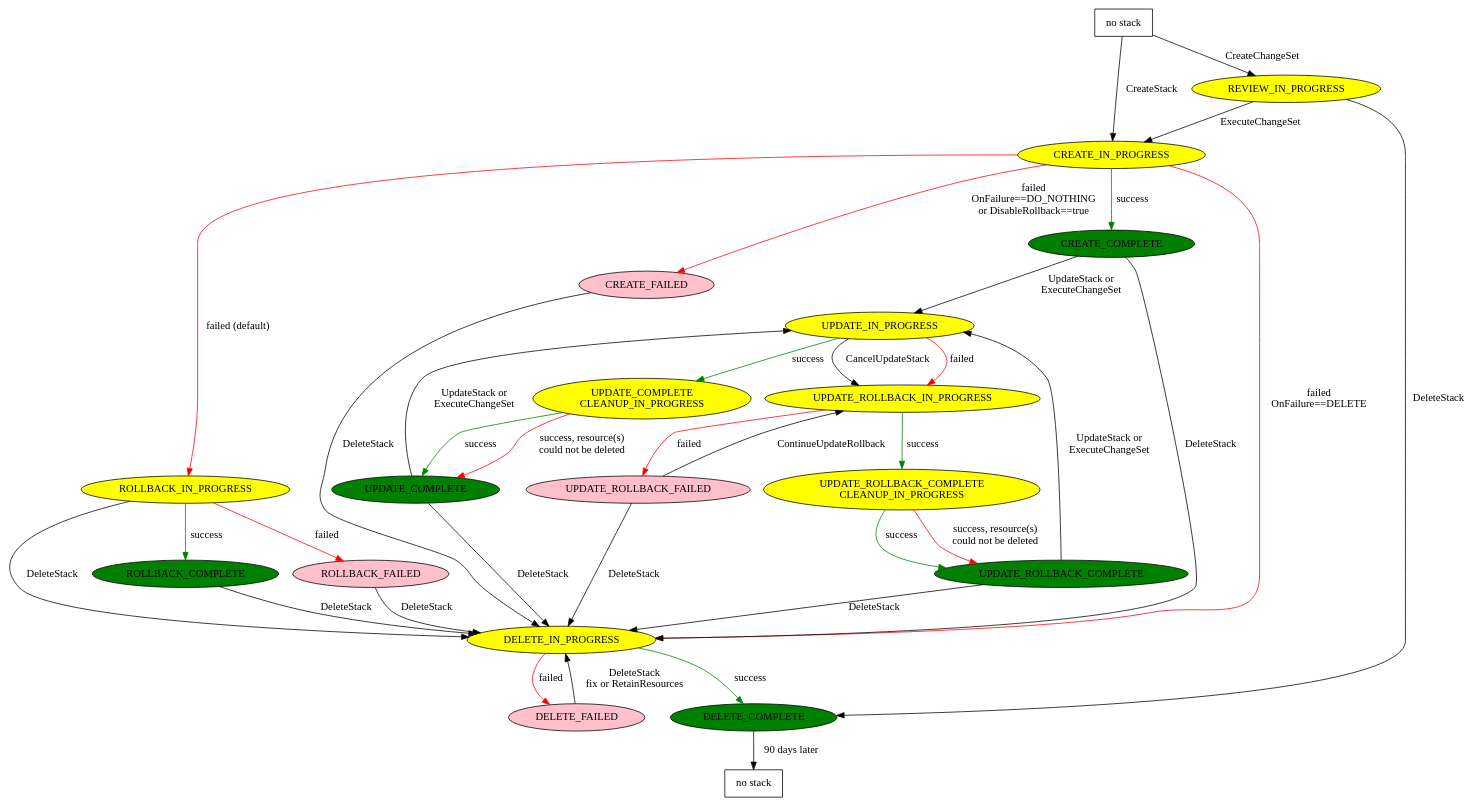
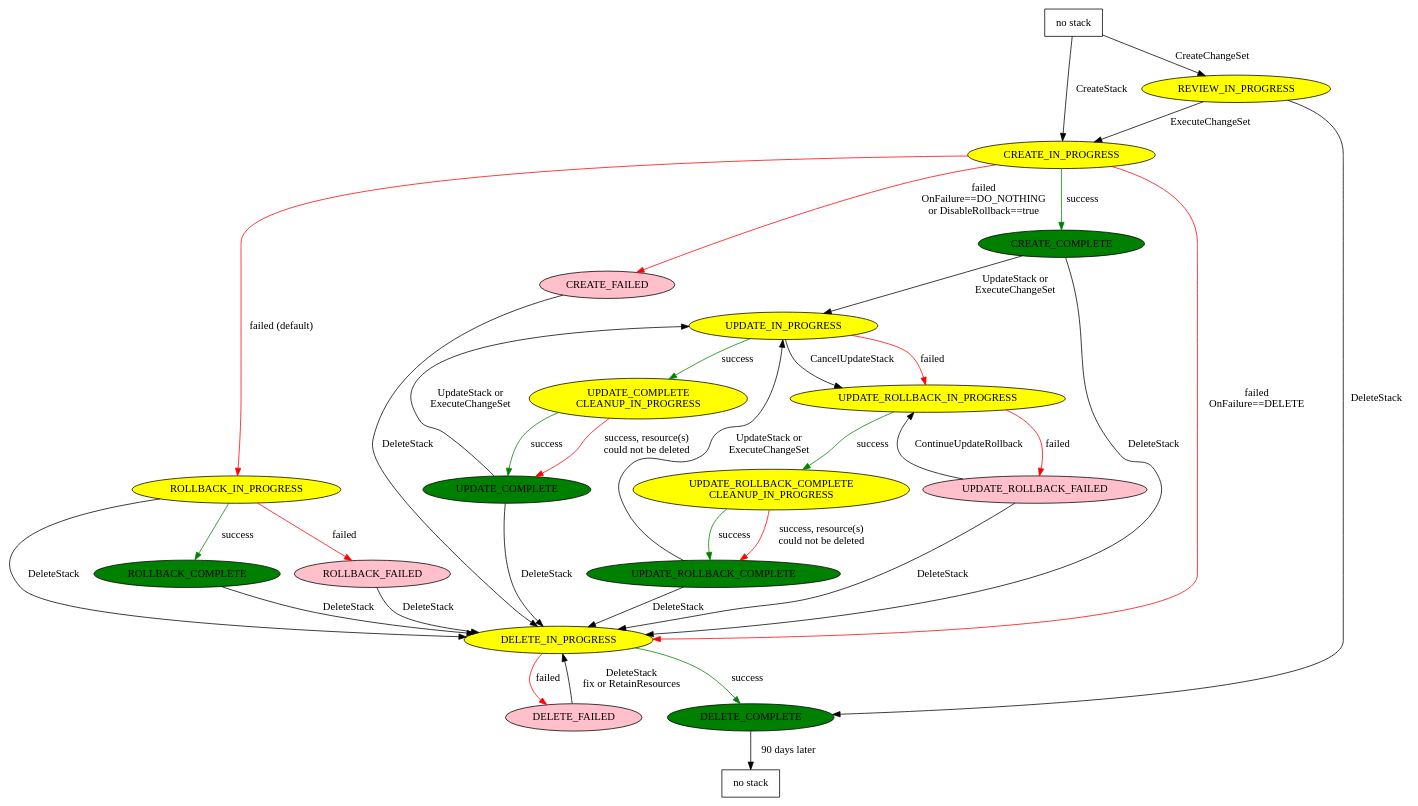
One commit to konjanos/aws-cloudformation-stack-states changed the diagram in all-states.dot. Above: the diagram before and after it, drawn with Graphviz. The commit also changed 2 other files, not shown here.

Commit message:
Fixing graph

```diff
--- a/all-states.dot
+++ b/all-states.dot
@@ -1,77 +1,77 @@
 digraph all_states {
 
   before_existence [ label="no stack" shape="box" ]
   before_existence -> CREATE_IN_PROGRESS [label="CreateStack"]
   before_existence -> REVIEW_IN_PROGRESS [label="CreateChangeSet"]
 
   CREATE_COMPLETE [ fillcolor="green" style=filled ]
   CREATE_COMPLETE -> UPDATE_IN_PROGRESS [label="UpdateStack or\nExecuteChangeSet"]
   CREATE_COMPLETE -> DELETE_IN_PROGRESS [label="DeleteStack"]
 
   REVIEW_IN_PROGRESS [ style=dotted fillcolor="yellow" style=filled ]
   REVIEW_IN_PROGRESS -> CREATE_IN_PROGRESS [label="ExecuteChangeSet"]
   REVIEW_IN_PROGRESS -> DELETE_COMPLETE [label="DeleteStack"]
 
   CREATE_IN_PROGRESS [ style=dotted fillcolor="yellow" style=filled ]
   CREATE_IN_PROGRESS -> CREATE_COMPLETE [label="success" color="green"]
   CREATE_IN_PROGRESS -> ROLLBACK_IN_PROGRESS [label="failed (default)" color=red] 
   CREATE_IN_PROGRESS -> CREATE_FAILED  [label="failed\nOnFailure==DO_NOTHING\nor DisableRollback==true" color="red"]
   CREATE_IN_PROGRESS -> DELETE_IN_PROGRESS  [label="failed\nOnFailure==DELETE" color="red"]
 
   CREATE_FAILED [ fillcolor="pink" style=filled ]
   CREATE_FAILED -> DELETE_IN_PROGRESS [label="DeleteStack"]
 
   DELETE_COMPLETE [ fillcolor="green" style=filled  ]
   DELETE_COMPLETE -> after_existence [ label=" 90 days later" ]
 
   DELETE_FAILED [ fillcolor="pink" style=filled ]
   DELETE_FAILED ->  DELETE_IN_PROGRESS [label="DeleteStack\nfix or RetainResources"]
 
   DELETE_IN_PROGRESS [ style=dotted fillcolor="yellow" style=filled ]
   DELETE_IN_PROGRESS -> DELETE_COMPLETE [label="success" color="green" ]
   DELETE_IN_PROGRESS -> DELETE_FAILED [ label="failed" color="red" ]
 
   ROLLBACK_COMPLETE [ fillcolor="green" style=filled  ]
   ROLLBACK_COMPLETE ->  DELETE_IN_PROGRESS [label="DeleteStack"]
 
   ROLLBACK_FAILED [ fillcolor="pink" style=filled ]
   ROLLBACK_FAILED -> DELETE_IN_PROGRESS [label="DeleteStack"]
 
   ROLLBACK_IN_PROGRESS [ style=dotted fillcolor="yellow" style=filled ]
   ROLLBACK_IN_PROGRESS -> ROLLBACK_COMPLETE [label="success" color="green"]
   ROLLBACK_IN_PROGRESS -> ROLLBACK_FAILED [label="failed" color="red"]
   ROLLBACK_IN_PROGRESS -> DELETE_IN_PROGRESS [label="DeleteStack"]
 
-  UPDATE_COMPLETE [ fillcolor="green" style=filled group="good" ]
+  UPDATE_COMPLETE [ fillcolor="green" style=filled]
   UPDATE_COMPLETE -> DELETE_IN_PROGRESS  [label="DeleteStack"]
   UPDATE_COMPLETE -> UPDATE_IN_PROGRESS [label="UpdateStack or\nExecuteChangeSet"]
 
   UPDATE_COMPLETE_CLEANUP_IN_PROGRESS [ style=dotted label="UPDATE_COMPLETE\nCLEANUP_IN_PROGRESS" fillcolor="yellow" style=filled ]
   UPDATE_COMPLETE_CLEANUP_IN_PROGRESS -> UPDATE_COMPLETE [label="success, resource(s)\ncould not be deleted" color="red"]
   UPDATE_COMPLETE_CLEANUP_IN_PROGRESS -> UPDATE_COMPLETE [label="success" color="green"]
 
-  UPDATE_IN_PROGRESS [ style=dotted fillcolor="yellow" style=filled group="good" ]
+  UPDATE_IN_PROGRESS [ style=dotted fillcolor="yellow" style=filled]
   UPDATE_IN_PROGRESS -> UPDATE_COMPLETE_CLEANUP_IN_PROGRESS [label="success" color="green"]
   UPDATE_IN_PROGRESS -> UPDATE_ROLLBACK_IN_PROGRESS [label="failed" color=red ]
   UPDATE_IN_PROGRESS -> UPDATE_ROLLBACK_IN_PROGRESS [label="CancelUpdateStack"]
 
-  UPDATE_ROLLBACK_COMPLETE [ fillcolor="green" style=filled group="good" ]
+  UPDATE_ROLLBACK_COMPLETE [ fillcolor="green" style=filled]
   UPDATE_ROLLBACK_COMPLETE -> UPDATE_IN_PROGRESS [label="UpdateStack or\nExecuteChangeSet"]
   UPDATE_ROLLBACK_COMPLETE -> DELETE_IN_PROGRESS [label="DeleteStack"]
 
   UPDATE_ROLLBACK_COMPLETE_CLEANUP_IN_PROGRESS [ style=dotted label="UPDATE_ROLLBACK_COMPLETE\nCLEANUP_IN_PROGRESS" fillcolor="yellow" style=filled ]
   UPDATE_ROLLBACK_COMPLETE_CLEANUP_IN_PROGRESS -> UPDATE_ROLLBACK_COMPLETE [label="success" color=green ]
   UPDATE_ROLLBACK_COMPLETE_CLEANUP_IN_PROGRESS -> UPDATE_ROLLBACK_COMPLETE [label="success, resource(s)\ncould not be deleted" color=red ]
 
   UPDATE_ROLLBACK_FAILED [ fillcolor="pink" style=filled ]
   UPDATE_ROLLBACK_FAILED ->  DELETE_IN_PROGRESS [label="DeleteStack"]
   UPDATE_ROLLBACK_FAILED -> UPDATE_ROLLBACK_IN_PROGRESS [label="ContinueUpdateRollback"]
 
   UPDATE_ROLLBACK_IN_PROGRESS [ style=dotted fillcolor="yellow" style=filled ]
   UPDATE_ROLLBACK_IN_PROGRESS -> UPDATE_ROLLBACK_COMPLETE_CLEANUP_IN_PROGRESS [label="success" color=green ]
   UPDATE_ROLLBACK_IN_PROGRESS -> UPDATE_ROLLBACK_FAILED [label="failed" color="red"]
 
 
   after_existence [ label="no stack" shape="box" ]
 
 }
```
